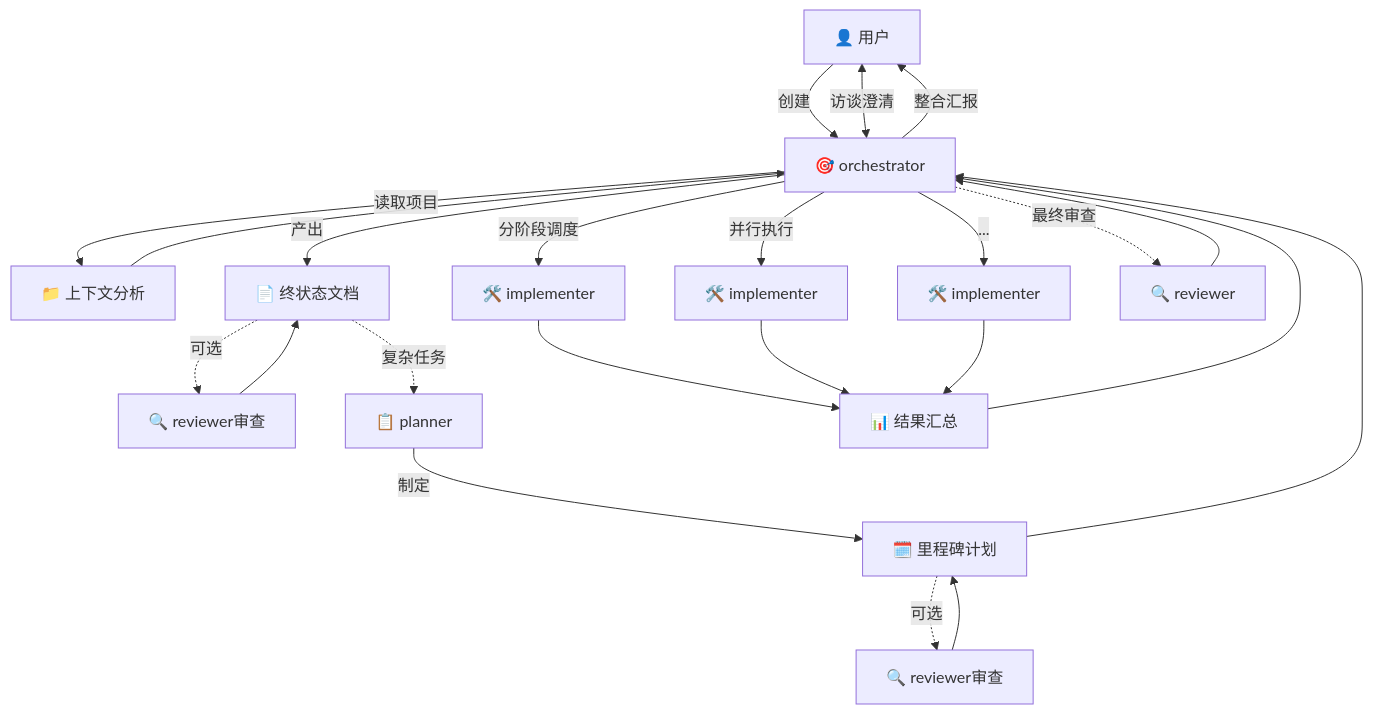
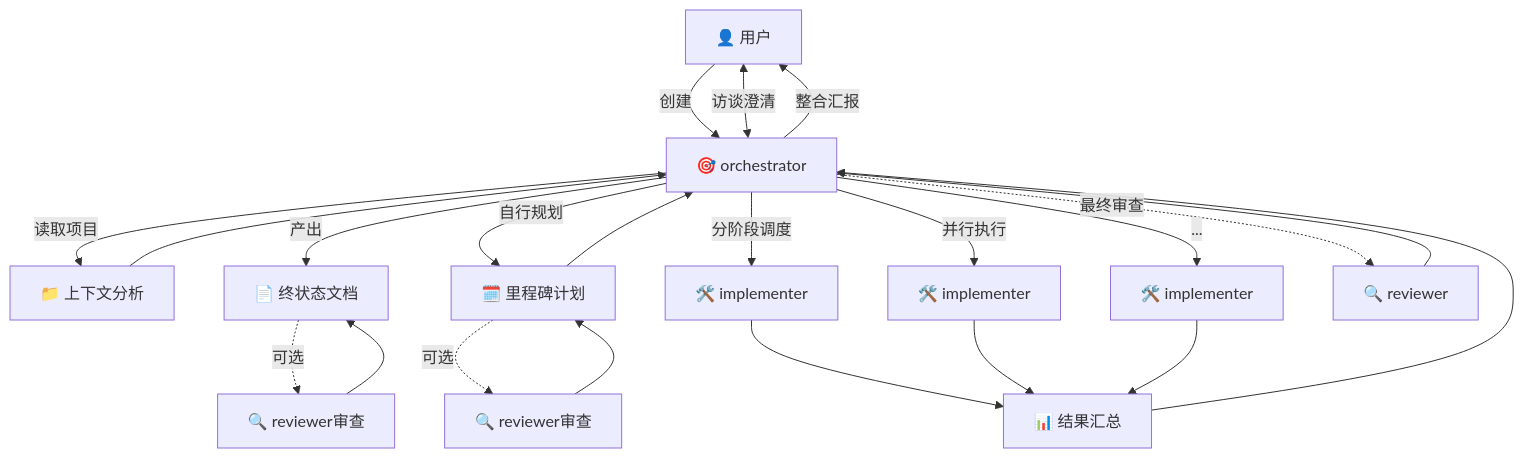
The second of 3 diagrams in README_zh.md (MalachiteN/Mutsumi), drawn with Mermaid before and after one commit. The commit also changed other lines of this file and 15 other files, not shown here.

````diff
--- a/README_zh.md
+++ b/README_zh.md
@@ -162,32 +161,31 @@
 ```mermaid
 flowchart TD
     U[👤 用户] -->|创建| O[🎯 orchestrator]
     O -->|读取项目| C[📁 上下文分析]
     C --> O
     O <-->|访谈澄清| U
     O -->|产出| ESD[📄 终状态文档]
     
     ESD -.->|可选| R1[🔍 reviewer审查]
     R1 --> ESD
     
-    ESD -.->|复杂任务| P[📋 planner]
-    P -->|制定| MP[🗓️ 里程碑计划]
+    O -->|自行规划| MP[🗓️ 里程碑计划]
     
     MP -.->|可选| R2[🔍 reviewer审查]
     R2 --> MP
     
     MP --> O
     O -->|分阶段调度| I1[🛠️ implementer]
     O -->|并行执行| I2[🛠️ implementer]
     O -->|...| I3[🛠️ implementer]
     
     I1 --> R[📊 结果汇总]
     I2 --> R
     I3 --> R
     R --> O
     
     O -.->|最终审查| R3[🔍 reviewer]
     R3 --> O
     
     O -->|整合汇报| U
 ```
````
